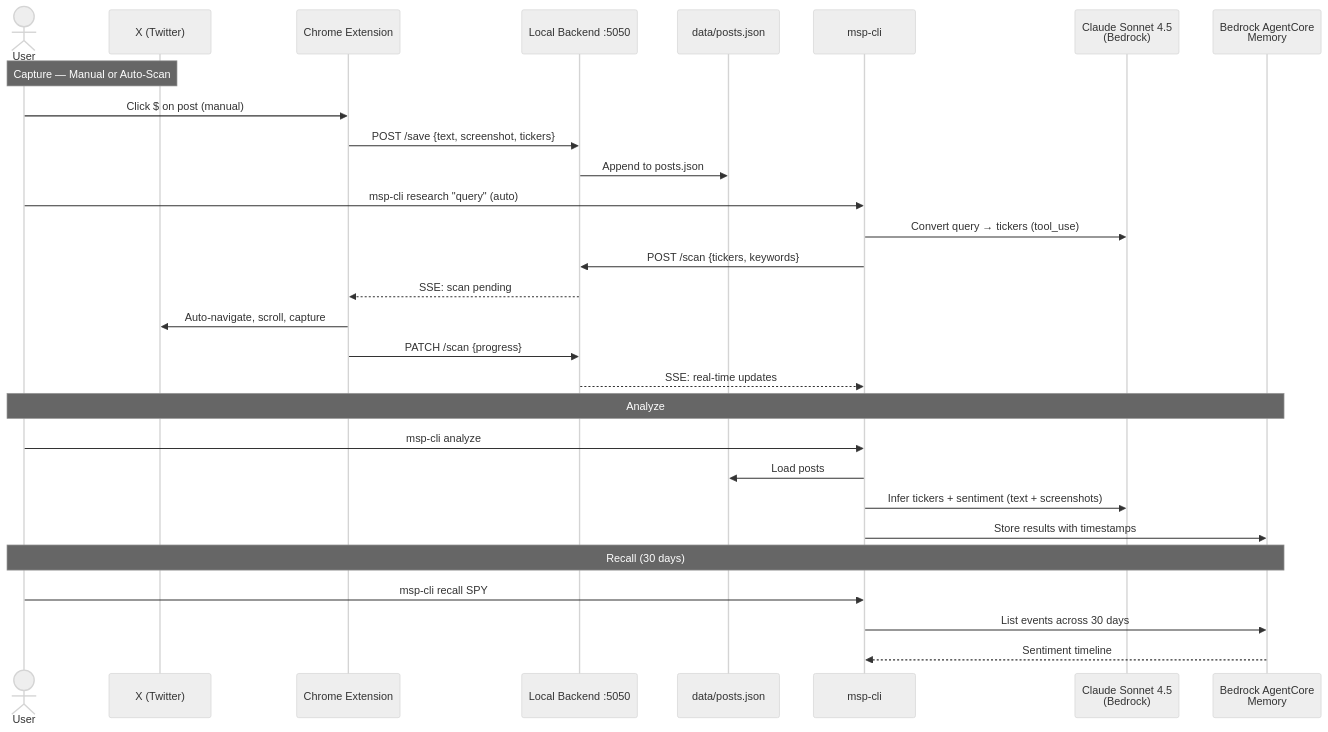
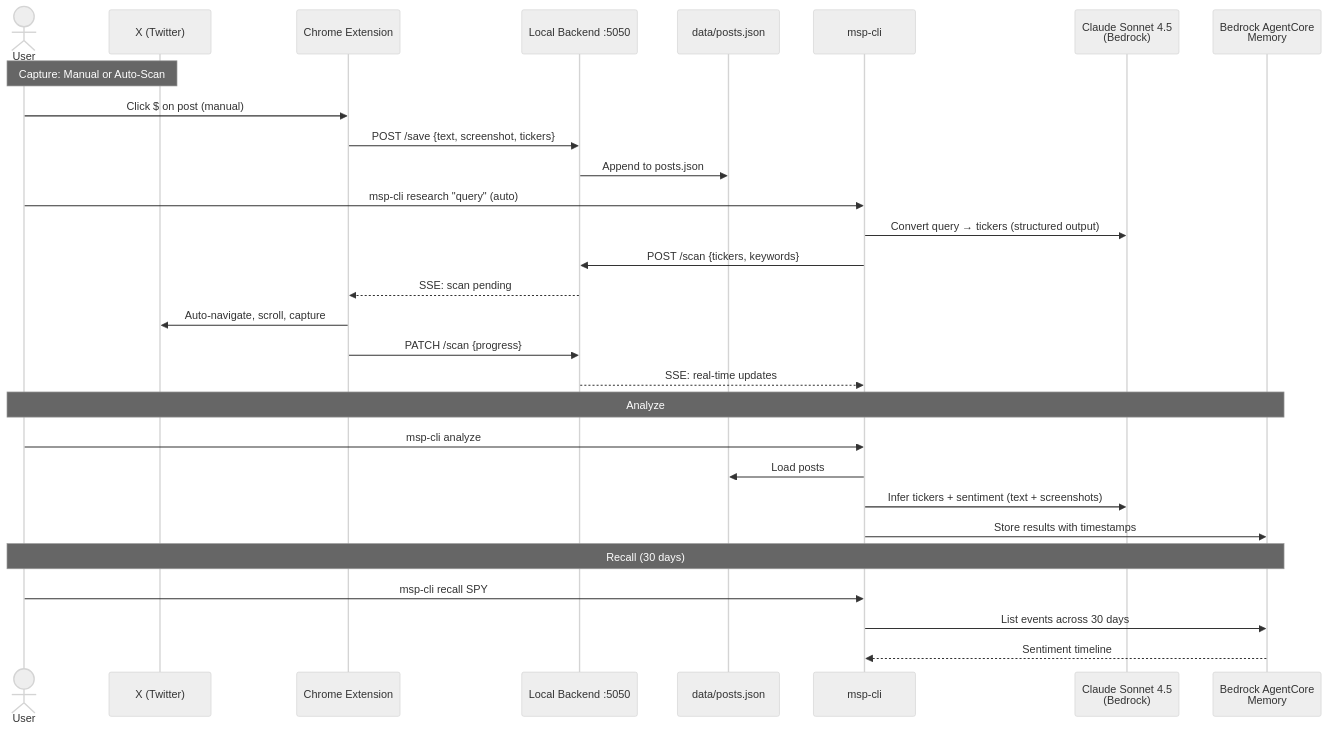
Before and after one commit to sayantan94/market-sentiment-plugin: the diagram in README.md, drawn with Mermaid (neutral theme). The commit also changed other lines of this file and 1 other file, not shown here.

Commit message:
chore: adding screen capture in readme

````diff
--- a/README.md
+++ b/README.md
@@ -286,38 +295,38 @@
 ```mermaid
 sequenceDiagram
     actor User
     participant X as X (Twitter)
     participant Ext as Chrome Extension
     participant API as Local Backend :5050
     participant FS as data/posts.json
     participant CLI as msp-cli
     participant Claude as Claude Sonnet 4.5<br/>(Bedrock)
     participant Mem as Bedrock AgentCore<br/>Memory
 
-    Note over User,X: Capture — Manual or Auto-Scan
+    Note over User,X: Capture: Manual or Auto-Scan
 
     User->>Ext: Click $ on post (manual)
     Ext->>API: POST /save {text, screenshot, tickers}
     API->>FS: Append to posts.json
 
     User->>CLI: msp-cli research "query" (auto)
-    CLI->>Claude: Convert query → tickers (tool_use)
+    CLI->>Claude: Convert query → tickers (structured output)
     CLI->>API: POST /scan {tickers, keywords}
     API-->>Ext: SSE: scan pending
     Ext->>X: Auto-navigate, scroll, capture
     Ext->>API: PATCH /scan {progress}
     API-->>CLI: SSE: real-time updates
 
     Note over User,Mem: Analyze
 
     User->>CLI: msp-cli analyze
     CLI->>FS: Load posts
     CLI->>Claude: Infer tickers + sentiment (text + screenshots)
     CLI->>Mem: Store results with timestamps
 
     Note over User,Mem: Recall (30 days)
 
     User->>CLI: msp-cli recall SPY
     CLI->>Mem: List events across 30 days
     Mem-->>CLI: Sentiment timeline
 ```
````
